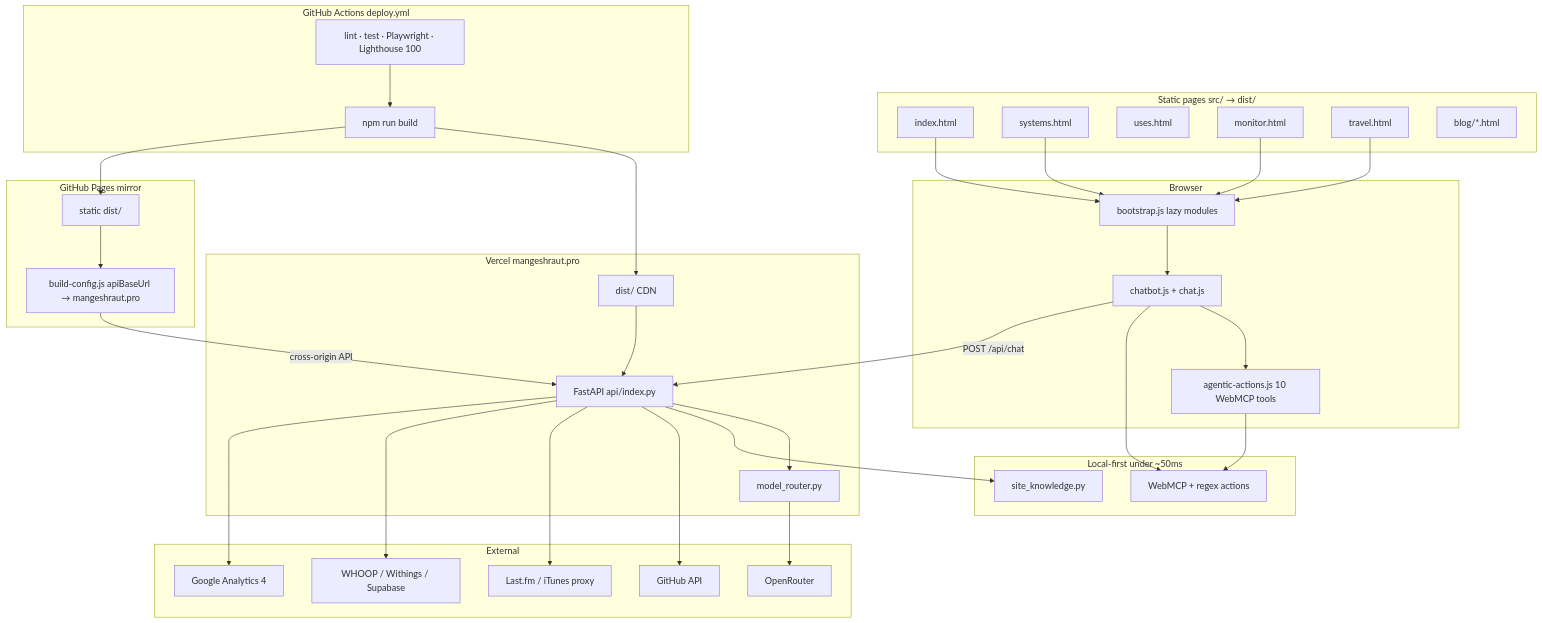
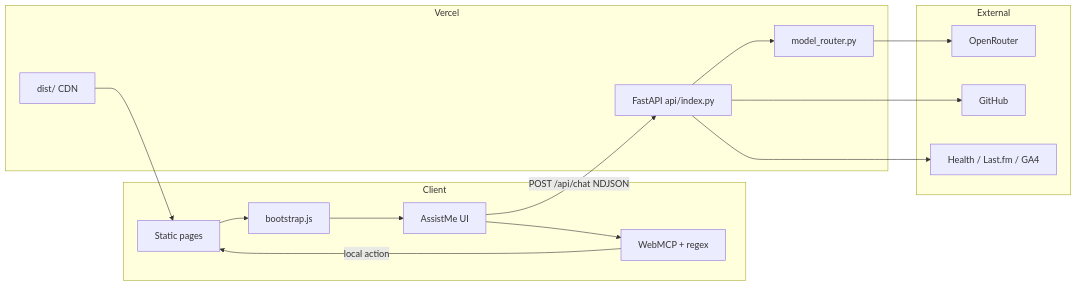
Before and after one commit to mangeshraut712/mangeshrautarchive: the diagram in README.md, drawn with Mermaid. The commit also changed other lines of this file, not shown here.

````diff
--- a/README.md
+++ b/README.md
@@ -261,70 +138,30 @@
 ```mermaid
-flowchart TB
-    subgraph Pages["Static pages src/ → dist/"]
-        HOME[index.html]
-        SYS[systems.html]
-        USES[uses.html]
-        MON[monitor.html]
-        TRV[travel.html]
-        BLOG[blog/*.html]
-    end
+flowchart LR
+  subgraph Client
+    HTML[Static pages]
+    BOOT[bootstrap.js]
+    MCP[WebMCP + regex]
+    CHAT[AssistMe UI]
+  end
 
-    subgraph Browser["Browser"]
-        BOOT[bootstrap.js lazy modules]
-        AGENT[agentic-actions.js 10 WebMCP tools]
-        CHAT[chatbot.js + chat.js]
-        BOOT --> CHAT --> AGENT
-    end
+  subgraph Vercel
+    CDN[dist/ CDN]
+    API[FastAPI api/index.py]
+    R[model_router.py]
+  end
 
-    HOME --> BOOT
-    SYS --> BOOT
-    MON --> BOOT
-    TRV --> BOOT
+  subgraph External
+    OR[OpenRouter]
+    GH[GitHub]
+    INT[Health / Last.fm / GA4]
+  end
 
-    subgraph Local["Local-first under ~50ms"]
-        TOOLS[WebMCP + regex actions]
-        SK[site_knowledge.py]
-    end
-
-    AGENT --> TOOLS
-    CHAT --> TOOLS
-
-    subgraph Vercel["Vercel mangeshraut.pro"]
-        STATIC[dist/ CDN]
-        API[FastAPI api/index.py]
-        ROUTER[model_router.py]
-        API --> ROUTER
-        STATIC --> API
-    end
-
-    subgraph GHPages["GitHub Pages mirror"]
-        MIRROR[static dist/]
-        CFG[build-config.js apiBaseUrl → mangeshraut.pro]
-        MIRROR --> CFG
-    end
-
-    CHAT -->|POST /api/chat| API
-    CFG -->|cross-origin API| API
-    API --> SK
-
-    subgraph External["External"]
-        OR[OpenRouter]
-        GH[GitHub API]
-        LF[Last.fm / iTunes proxy]
-        HV[WHOOP / Withings / Supabase]
-        GA[Google Analytics 4]
-    end
-
-    ROUTER --> OR
-    API --> GH
-    API --> LF
-    API --> HV
-    API --> GA
-
-    subgraph CI["GitHub Actions deploy.yml"]
-        QA[lint · test · Playwright · Lighthouse 100]
-        BUILD[npm run build]
-        QA --> BUILD --> STATIC
-        BUILD --> MIRROR
-    end
+  HTML --> BOOT --> CHAT
+  CHAT --> MCP
+  MCP -->|local action| HTML
+  CHAT -->|POST /api/chat NDJSON| API
+  API --> R --> OR
+  API --> GH
+  API --> INT
+  CDN --> HTML
 ```
````
